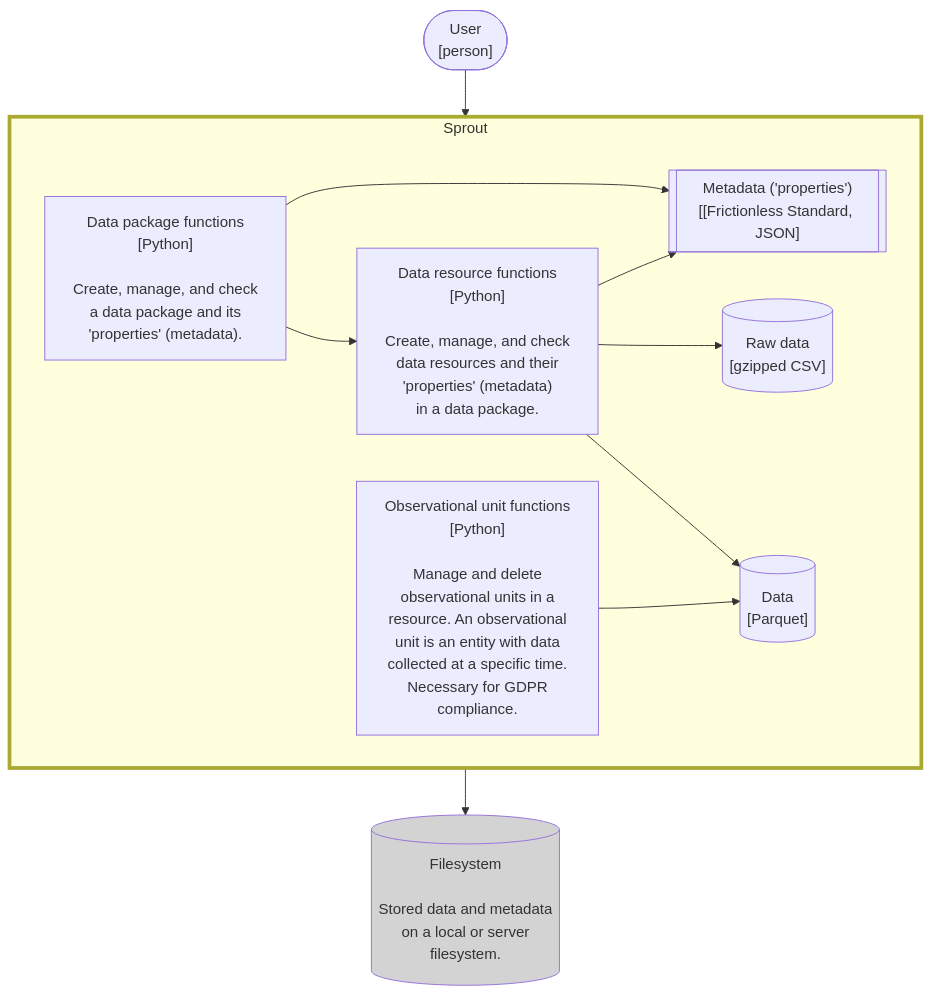
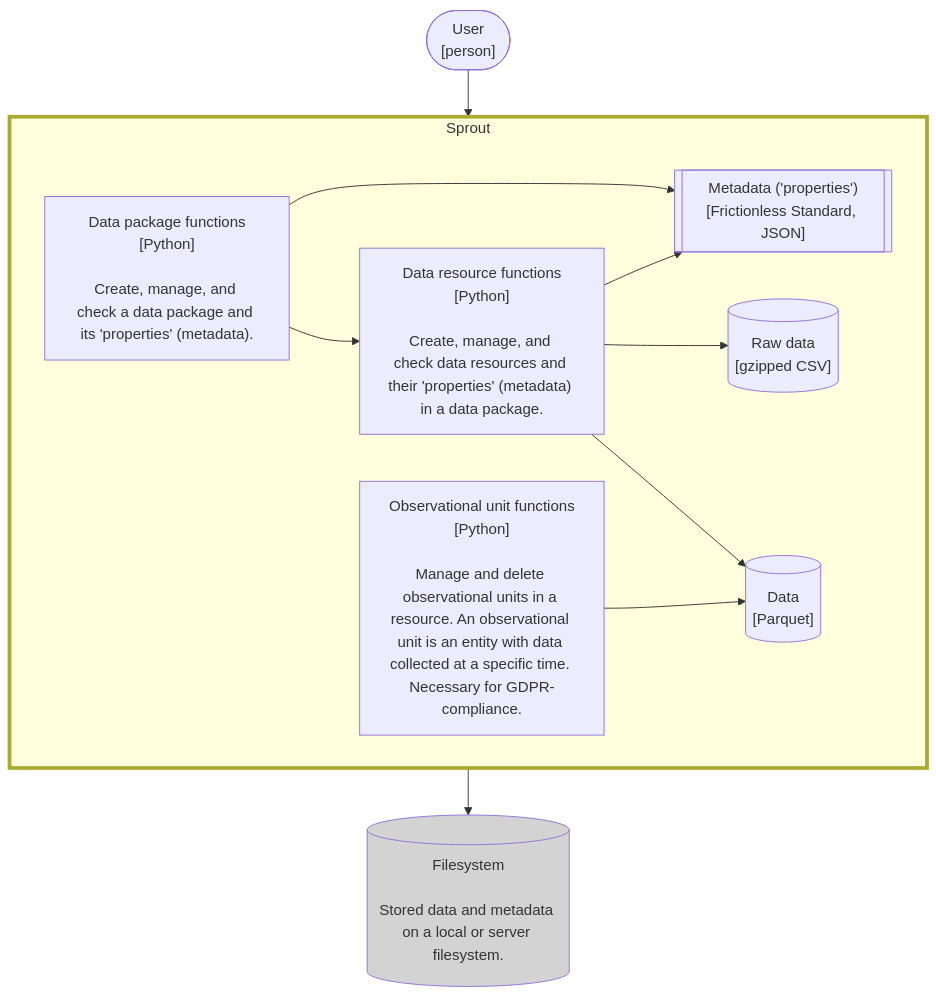
One commit to seedcase-project/seedcase-sprout changed the second of 2 diagrams in docs/design/architecture/c4-models.qmd. Above: the diagram before and after it, drawn with Mermaid. The commit also changed other lines of this file, not shown here.

Commit message:
docs: :bug: need to use <br> not `\n` in Mermaid

````diff
--- a/docs/design/architecture/c4-models.qmd
+++ b/docs/design/architecture/c4-models.qmd
@@ -48,26 +48,26 @@
 ```{mermaid}
 %%| fig-cap: "C4 Container diagram showing larger functional parts of Sprout and their connections."
 flowchart TB
-    user(["User\n[person]"])
+    user(["User<br>[person]"])
     subgraph sprout [Sprout]
-        package["Data package functions\n[Python]\n\nCreate, manage, and check\na data package and its\n'properties' (metadata)."]
-        resource["Data resource functions\n[Python]\n\nCreate, manage, and check\ndata resources and their\n'properties' (metadata)\n in a data package."]
-        obs_unit["Observational unit functions\n[Python]\n\nManage and delete\nobservational units in a\nresource. An observational\nunit is an entity with data\ncollected at a specific time.\nNecessary for GDPR\n compliance."]
-        raw[("Raw data\n[gzipped CSV]")]
-        data[("Data\n[Parquet]")]
-        metadata[["Metadata ('properties')\n[[Frictionless Standard, JSON]"]]
+        package["Data package functions<br>[Python]<br><br>Create, manage, and check a data package and its 'properties' (metadata)."]
+        resource["Data resource functions<br>[Python]<br><br>Create, manage, and check data resources and their 'properties' (metadata) in a data package."]
+        obs_unit["Observational unit functions<br>[Python]<br><br>Manage and delete observational units in a resource. An observational unit is an entity with data collected at a specific time. Necessary for GDPR-compliance."]
+        raw[("Raw data<br>[gzipped CSV]")]
+        data[("Data<br>[Parquet]")]
+        metadata[["Metadata ('properties')<br>[Frictionless Standard, JSON]"]]
     end
-    output[("Filesystem\n\nStored data and metadata\non a local or server\nfilesystem.")]
+    output[("Filesystem<br><br>Stored data and metadata on a local or server filesystem.")]
 
     user --> sprout:::system
     package --> resource
     package --> metadata
     resource --> raw
     resource --> data
     resource --> metadata
     obs_unit --> data
     sprout --> output:::external
 
     classDef system stroke-width:3pt
     classDef external fill:lightgrey
 ```
````
